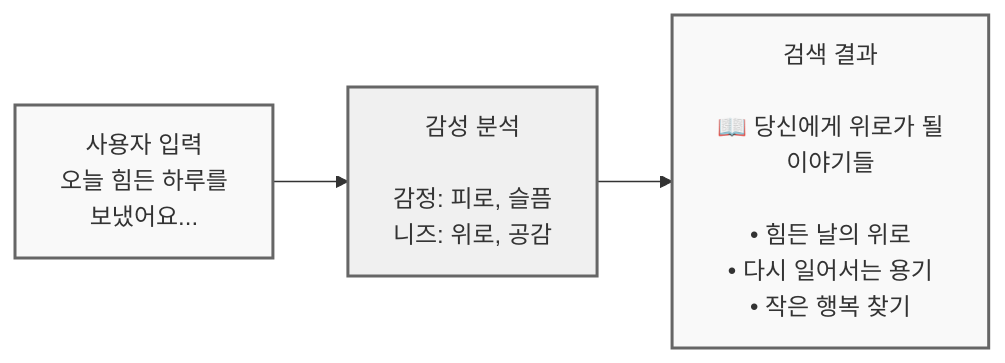
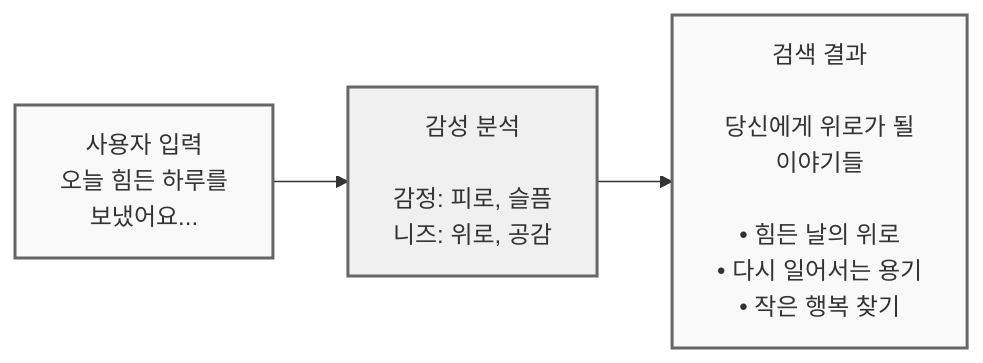
The first of 4 diagrams in src/content/docs/goodthinking-isp/06-future-roadmap/ai-transformation.md (sknkwoxs/manual-book), drawn with Mermaid before and after one commit. The commit also changed other lines of this file and 38 other files, not shown here.

````diff
--- a/src/content/docs/goodthinking-isp/06-future-roadmap/ai-transformation.md
+++ b/src/content/docs/goodthinking-isp/06-future-roadmap/ai-transformation.md
@@ -34,15 +34,15 @@
 ```mermaid
 graph LR
     A["사용자 입력<br/>오늘 힘든 하루를<br/>보냈어요..."]
     
     B["감성 분석<br/><br/>감정: 피로, 슬픔<br/>니즈: 위로, 공감"]
     
-    C["검색 결과<br/><br/>📖 당신에게 위로가 될<br/>이야기들<br/><br/>• 힘든 날의 위로<br/>• 다시 일어서는 용기<br/>• 작은 행복 찾기"]
+    C["검색 결과<br/><br/>당신에게 위로가 될<br/>이야기들<br/><br/>• 힘든 날의 위로<br/>• 다시 일어서는 용기<br/>• 작은 행복 찾기"]
     
     A --> B
     B --> C
     
     style A fill:#f9f9f9,stroke:#666,stroke-width:2px
     style B fill:#f0f0f0,stroke:#666,stroke-width:2px
     style C fill:#f9f9f9,stroke:#666,stroke-width:2px
 ```
````
